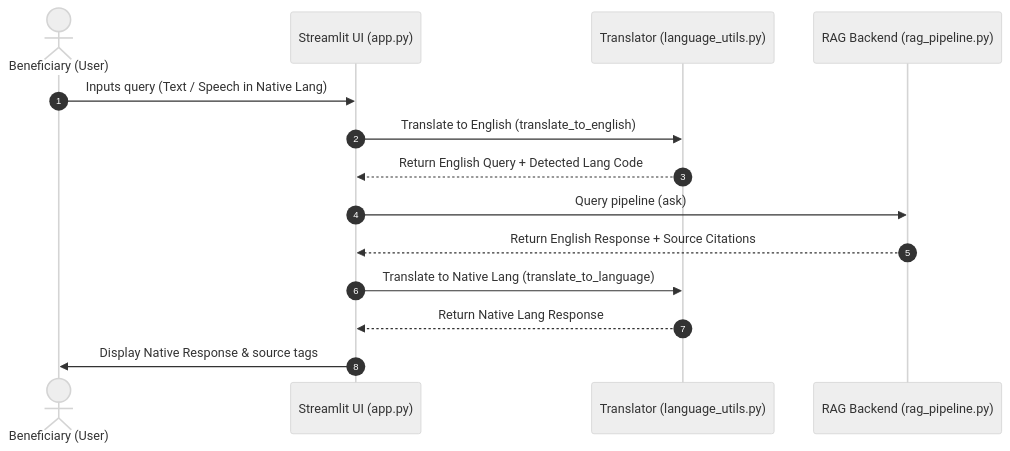
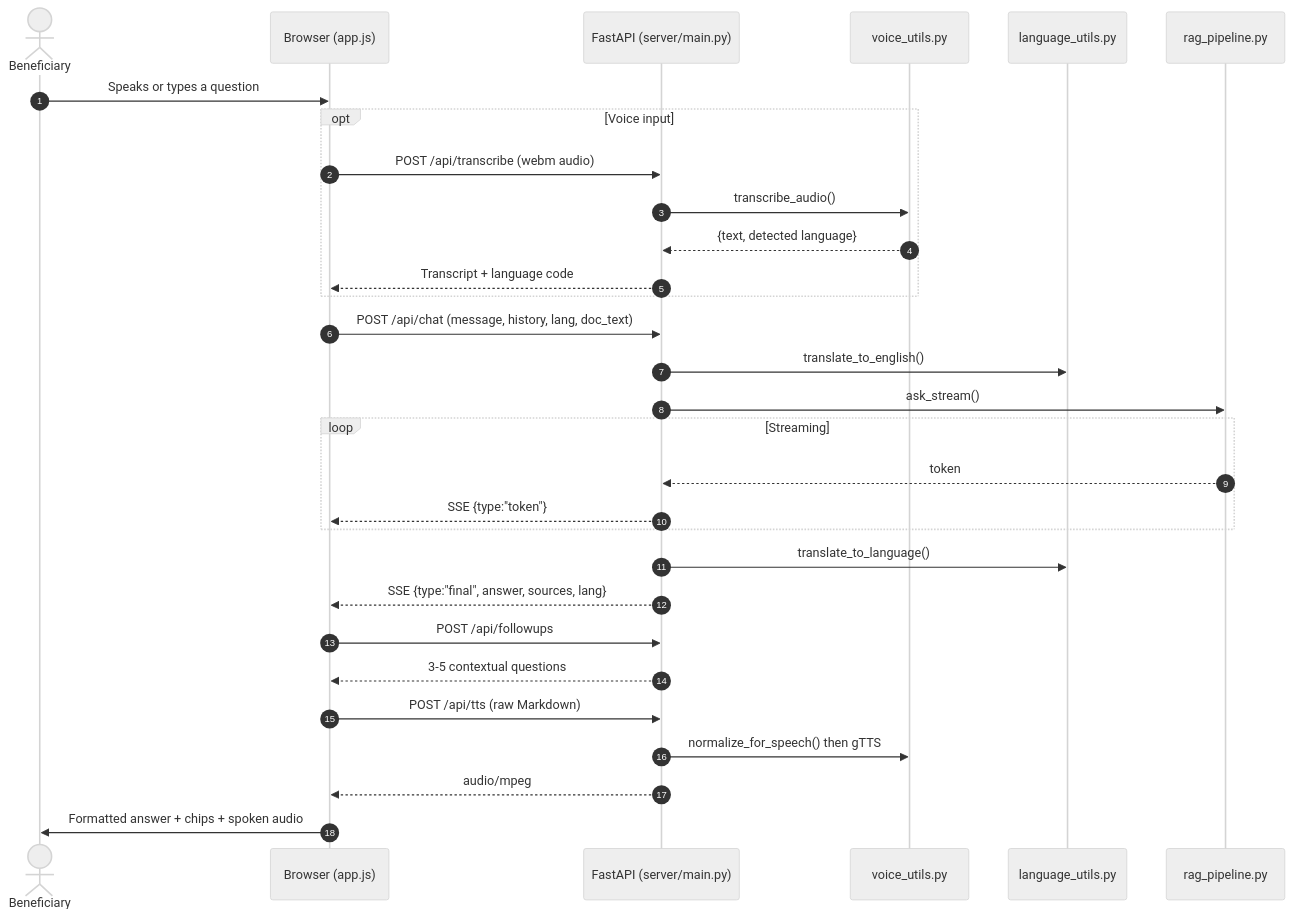
One commit to deeptiprasadd/disability-schemes-chatbot changed the diagram in docs/frontend_ui.md. Above: the diagram before and after it, drawn with Mermaid (neutral theme). The commit also changed other lines of this file and 14 other files, not shown here.

````diff
--- a/docs/frontend_ui.md
+++ b/docs/frontend_ui.md
@@ -14,17 +15,33 @@
 ```mermaid
 sequenceDiagram
     autonumber
-    actor User as Beneficiary (User)
-    participant UI as Streamlit UI (app.py)
-    participant Trans as Translator (language_utils.py)
-    participant RAG as RAG Backend (rag_pipeline.py)
+    actor User as Beneficiary
+    participant UI as Browser (app.js)
+    participant API as FastAPI (server/main.py)
+    participant Voice as voice_utils.py
+    participant Trans as language_utils.py
+    participant RAG as rag_pipeline.py
 
-    User->>UI: Inputs query (Text / Speech in Native Lang)
-    UI->>Trans: Translate to English (translate_to_english)
-    Trans-->>UI: Return English Query + Detected Lang Code
-    UI->>RAG: Query pipeline (ask)
-    RAG-->>UI: Return English Response + Source Citations
-    UI->>Trans: Translate to Native Lang (translate_to_language)
-    Trans-->>UI: Return Native Lang Response
-    UI->>User: Display Native Response & source tags
+    User->>UI: Speaks or types a question
+    opt Voice input
+        UI->>API: POST /api/transcribe (webm audio)
+        API->>Voice: transcribe_audio()
+        Voice-->>API: {text, detected language}
+        API-->>UI: Transcript + language code
+    end
+    UI->>API: POST /api/chat (message, history, lang, doc_text)
+    API->>Trans: translate_to_english()
+    API->>RAG: ask_stream()
+    loop Streaming
+        RAG-->>API: token
+        API-->>UI: SSE {type:"token"}
+    end
+    API->>Trans: translate_to_language()
+    API-->>UI: SSE {type:"final", answer, sources, lang}
+    UI->>API: POST /api/followups
+    API-->>UI: 3-5 contextual questions
+    UI->>API: POST /api/tts (raw Markdown)
+    API->>Voice: normalize_for_speech() then gTTS
+    API-->>UI: audio/mpeg
+    UI->>User: Formatted answer + chips + spoken audio
 ```
````
